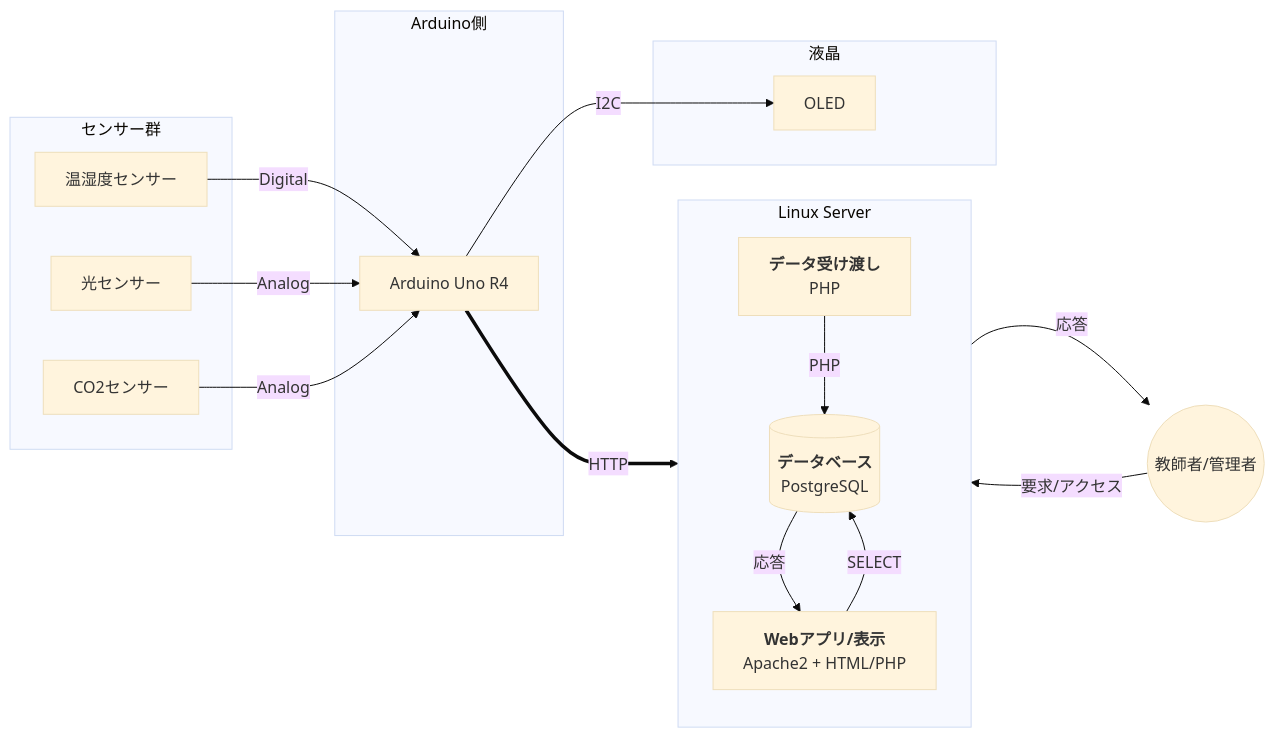
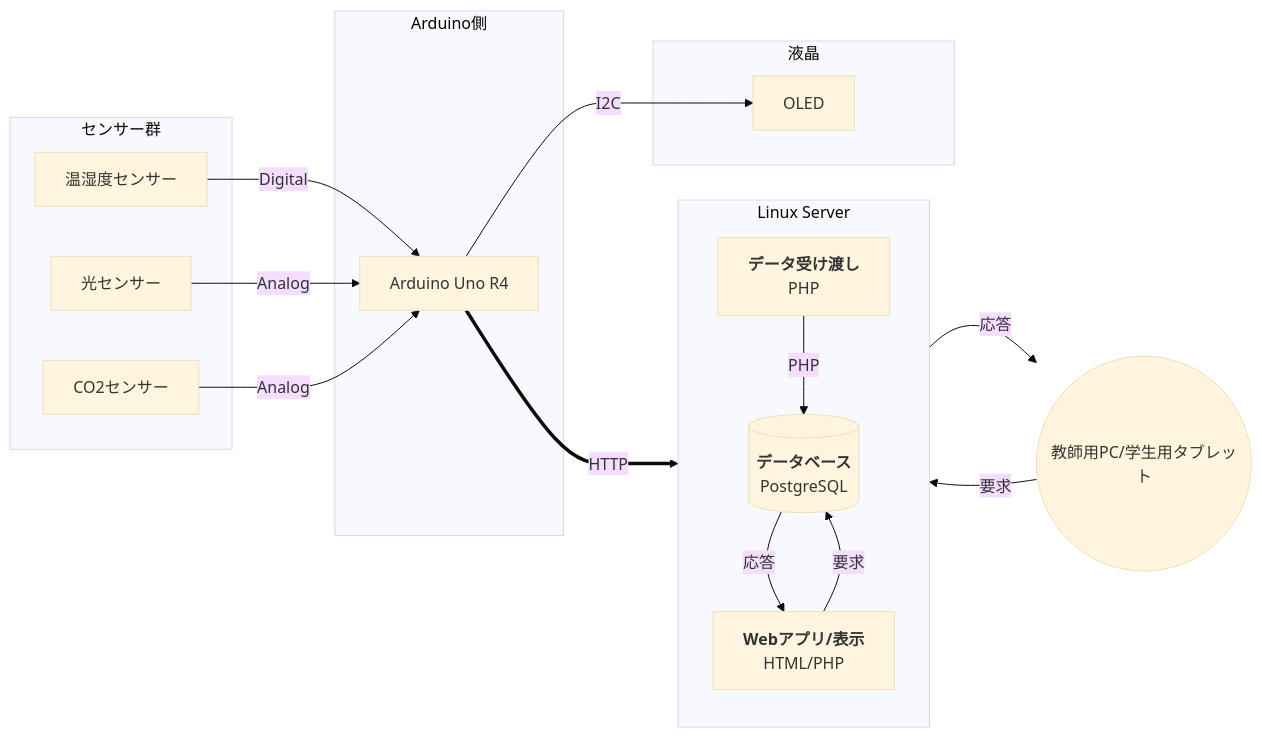
Before and after one commit to chiisanaokome/html: the diagram in mermaid_js/archetexter.mmd, drawn with Mermaid (base theme). The commit also changed 4 other files, not shown here.

```diff
--- a/mermaid_js/archetexter.mmd
+++ b/mermaid_js/archetexter.mmd
@@ -1,49 +1,49 @@
 graph LR
     %% スタイルの定義
     %% classDef hardware fill:#e1f5fe,stroke:#01579b,stroke-width:2px;
     %% classDef server fill:#e8f5e9,stroke:#2e7d32,stroke-width:2px;
     %% classDef db fill:#fff9c4,stroke:#fbc02d,stroke-width:2px;
 
     subgraph Sensors [センサー群]
         DHT[温湿度センサー]
         Photo[光センサー]
         MHZ[CO2センサー]
     end
 
     subgraph Output_Status[液晶]
         OLED[OLED]
     end
 
     subgraph Arduino_Unit [Arduino側]
         Arduino[Arduino Uno R4]
     end
 
     subgraph Linux_Server [Linux Server]
         direction TB
         Receiver[<b>データ受け渡し</b><br>PHP]
         Database[(<b>データベース</b><br>PostgreSQL)]
-        WebApp[<b>Webアプリ/表示</b><br>Apache2 + HTML/PHP]
+        WebApp[<b>Webアプリ/表示</b><br>HTML/PHP]
     end
 
-    User((教師者/管理者))
+    User((教師用PC/学生用タブレット))
 
     %% 接続関係
     DHT -->|Digital| Arduino
     Photo -->|Analog| Arduino
     MHZ -->|Analog| Arduino
     
 
     Arduino ==>|HTTP| Receiver
     Receiver -->|PHP| Database
     Arduino -->|I2C| OLED
     
-    User -->|要求/アクセス| WebApp
+    User -->|要求| WebApp
     WebApp -->|応答| User
 
-    WebApp -->|SELECT| Database
+    WebApp -->|要求| Database
     Database -->|応答| WebApp
 
     %% クラス適用
     class DHT,Photo,MHZ,Arduino hardware;
     class Receiver,WebApp server;
     class Database db;
```
